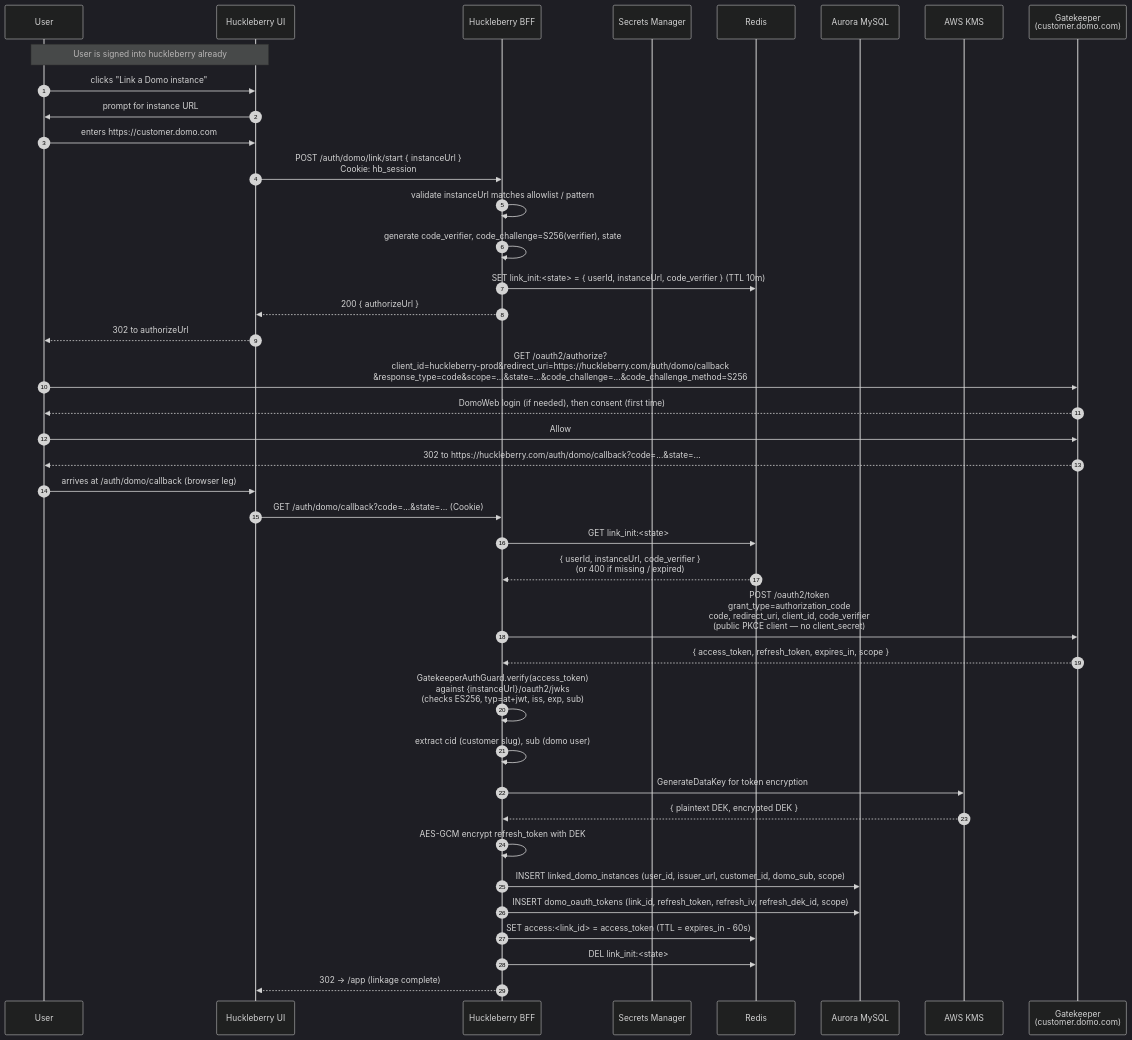
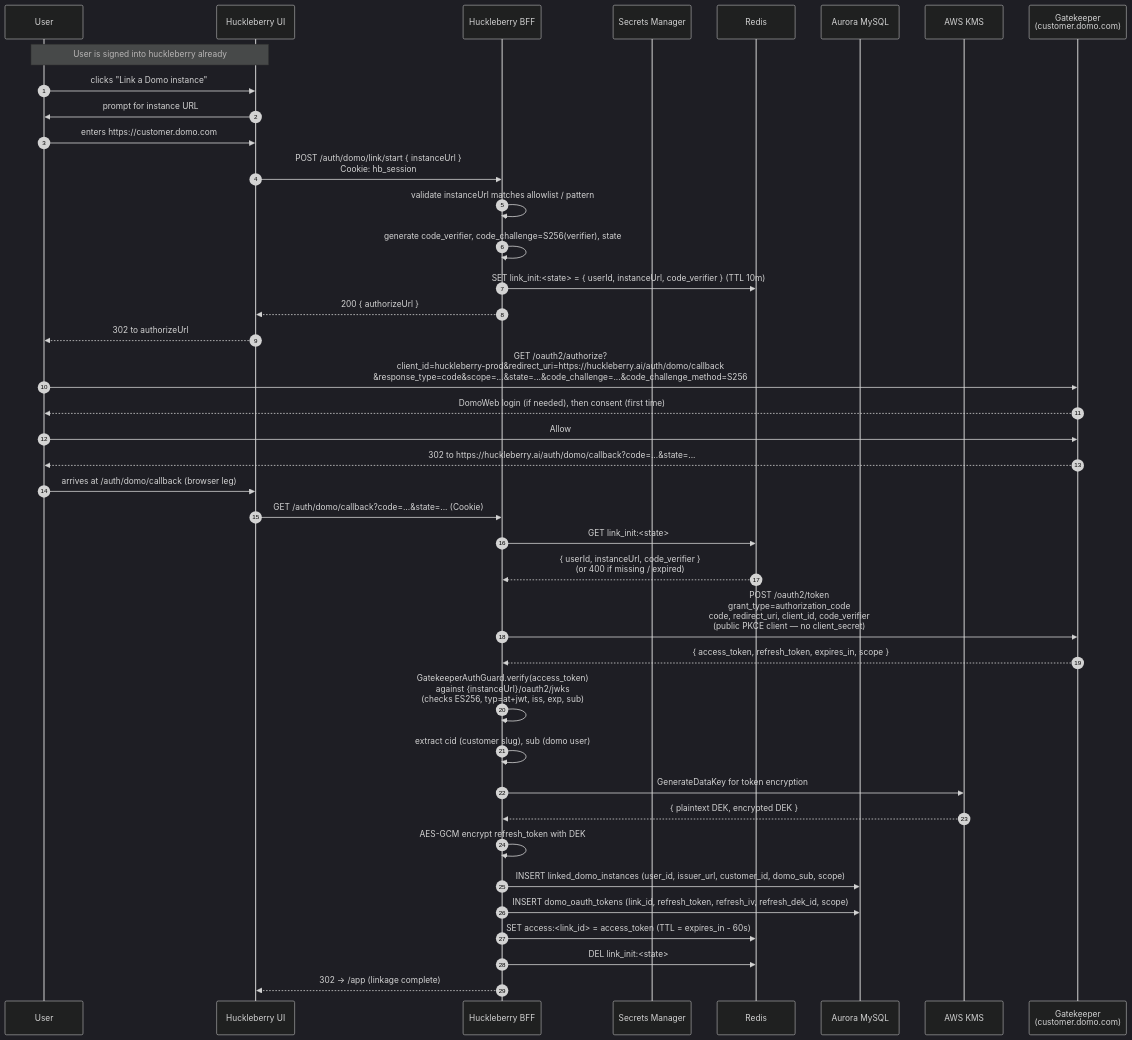
The second of 3 diagrams in docs/diagrams/oauth-flow.md (emmetuft/huckleberry-server), drawn with Mermaid (dark theme) before and after one commit. The commit also changed other lines of this file and 11 other files, not shown here.

````diff
--- a/docs/diagrams/oauth-flow.md
+++ b/docs/diagrams/oauth-flow.md
@@ -84,49 +84,49 @@
 ```mermaid
 sequenceDiagram
     autonumber
     participant U as User
     participant FE as Huckleberry UI
     participant BFF as Huckleberry BFF
     participant SM as Secrets Manager
     participant R as Redis
     participant DB as Aurora MySQL
     participant KMS as AWS KMS
     participant GK as Gatekeeper<br/>(customer.domo.com)
 
     Note over U,FE: User is signed into huckleberry already
     U->>FE: clicks "Link a Domo instance"
     FE->>U: prompt for instance URL
     U->>FE: enters https://customer.domo.com
 
     FE->>BFF: POST /auth/domo/link/start { instanceUrl }<br/>Cookie: hb_session
     BFF->>BFF: validate instanceUrl matches allowlist / pattern
     BFF->>BFF: generate code_verifier, code_challenge=S256(verifier), state
     BFF->>R: SET link_init:<state> = { userId, instanceUrl, code_verifier } (TTL 10m)
     BFF-->>FE: 200 { authorizeUrl }
     FE-->>U: 302 to authorizeUrl
 
-    U->>GK: GET /oauth2/authorize?<br/>client_id=huckleberry-prod&redirect_uri=https://huckleberry.com/auth/domo/callback<br/>&response_type=code&scope=...&state=...&code_challenge=...&code_challenge_method=S256
+    U->>GK: GET /oauth2/authorize?<br/>client_id=huckleberry-prod&redirect_uri=https://huckleberry.ai/auth/domo/callback<br/>&response_type=code&scope=...&state=...&code_challenge=...&code_challenge_method=S256
     GK-->>U: DomoWeb login (if needed), then consent (first time)
     U->>GK: Allow
-    GK-->>U: 302 to https://huckleberry.com/auth/domo/callback?code=...&state=...
+    GK-->>U: 302 to https://huckleberry.ai/auth/domo/callback?code=...&state=...
 
     U->>FE: arrives at /auth/domo/callback (browser leg)
     FE->>BFF: GET /auth/domo/callback?code=...&state=... (Cookie)
     BFF->>R: GET link_init:<state>
     R-->>BFF: { userId, instanceUrl, code_verifier }<br/>(or 400 if missing / expired)
     BFF->>GK: POST /oauth2/token<br/>grant_type=authorization_code<br/>code, redirect_uri, client_id, code_verifier<br/>(public PKCE client — no client_secret)
     GK-->>BFF: { access_token, refresh_token, expires_in, scope }
 
     BFF->>BFF: GatekeeperAuthGuard.verify(access_token)<br/>against {instanceUrl}/oauth2/jwks<br/>(checks ES256, typ=at+jwt, iss, exp, sub)
     BFF->>BFF: extract cid (customer slug), sub (domo user)
 
     BFF->>KMS: GenerateDataKey for token encryption
     KMS-->>BFF: { plaintext DEK, encrypted DEK }
     BFF->>BFF: AES-GCM encrypt refresh_token with DEK
 
     BFF->>DB: INSERT linked_domo_instances (user_id, issuer_url, customer_id, domo_sub, scope)
     BFF->>DB: INSERT domo_oauth_tokens (link_id, refresh_token, refresh_iv, refresh_dek_id, scope)
     BFF->>R: SET access:<link_id> = access_token (TTL = expires_in - 60s)
     BFF->>R: DEL link_init:<state>
     BFF-->>FE: 302 → /app  (linkage complete)
 ```
````
